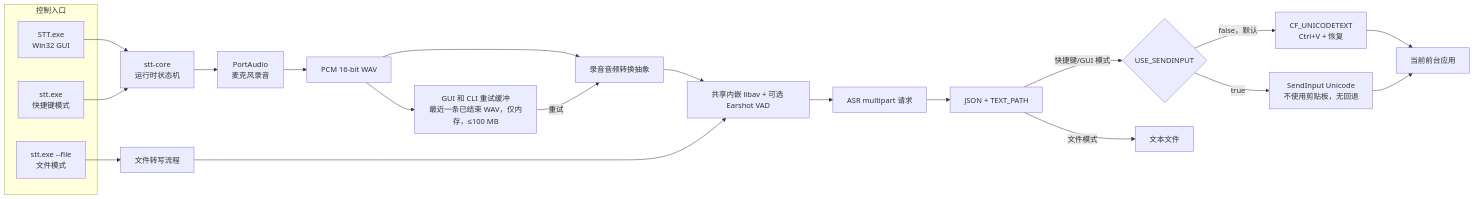
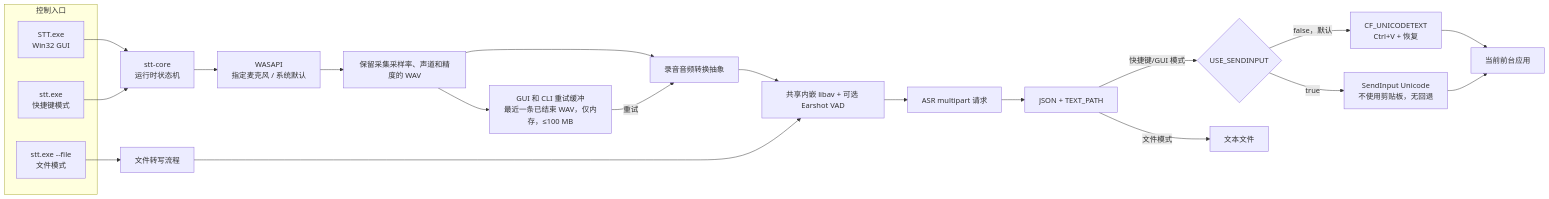
One commit to Joey-Kot/STT-for-Windows changed the first of 3 diagrams in README_ZH.md. Above: the diagram before and after it, drawn with Mermaid. The commit also changed other lines of this file and 29 other files, not shown here.

````diff
--- a/README_ZH.md
+++ b/README_ZH.md
@@ -66,31 +67,31 @@
 ```mermaid
 flowchart LR
     subgraph Entry["控制入口"]
         GUI["STT.exe<br/>Win32 GUI"]
         CLI["stt.exe<br/>快捷键模式"]
         FileMode["stt.exe --file<br/>文件模式"]
     end
 
     GUI --> Runtime["stt-core<br/>运行时状态机"]
     CLI --> Runtime
     FileMode --> FilePipeline["文件转写流程"]
 
-    Runtime --> Recorder["PortAudio<br/>麦克风录音"]
-    Recorder --> WAV["PCM 16-bit WAV"]
+    Runtime --> Recorder["WASAPI<br/>指定麦克风 / 系统默认"]
+    Recorder --> WAV["保留采集采样率、声道和精度的 WAV"]
 
     WAV --> Convert["录音音频转换抽象"]
     WAV --> RetryBuffer["GUI 和 CLI 重试缓冲<br/>最近一条已结束 WAV，仅内存，≤100 MB"]
     RetryBuffer -->|重试| Convert
     Convert --> LibAv["共享内嵌 libav + 可选 Earshot VAD"]
     FilePipeline --> LibAv
 
     LibAv --> Request["ASR multipart 请求"]
     Request --> Extract["JSON + TEXT_PATH"]
 
     Extract -->|快捷键/GUI 模式| Channel{USE_SENDINPUT}
     Channel -->|false，默认| Clipboard["CF_UNICODETEXT<br/>Ctrl+V + 恢复"]
     Channel -->|true| Unicode["SendInput Unicode<br/>不使用剪贴板，无回退"]
     Clipboard --> App["当前前台应用"]
     Unicode --> App
     Extract -->|文件模式| TextFile["文本文件"]
 ```
````
